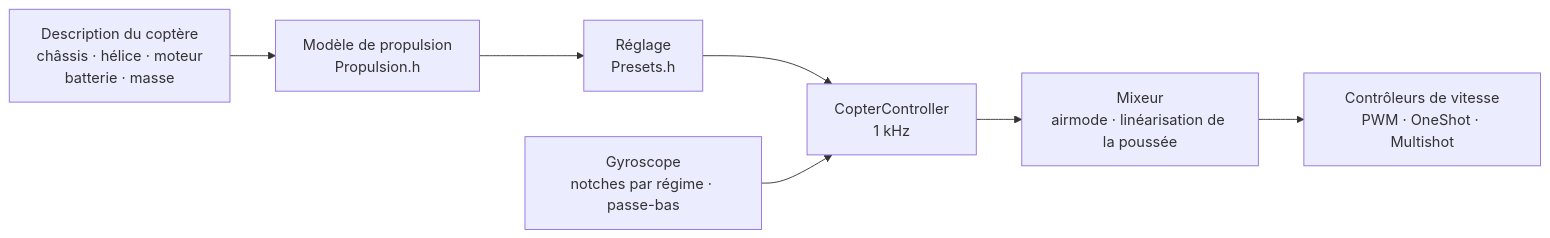
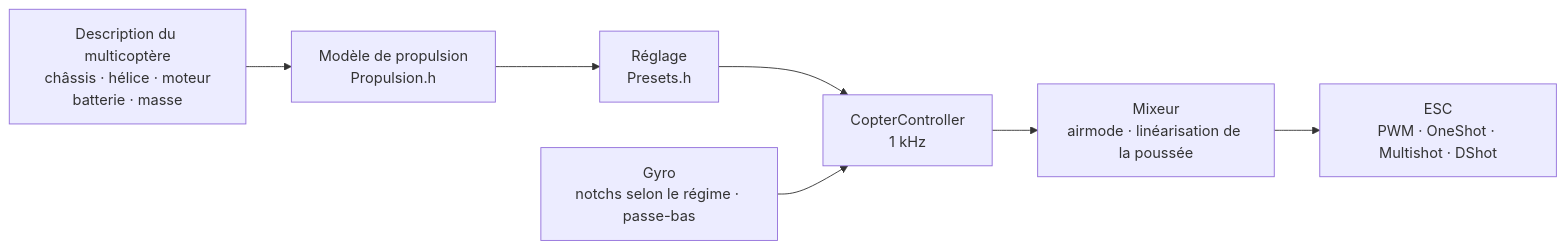
Before and after one commit to damir-lebedev/OpenPlaneProject: the diagram in docs/i18n/fr/COPTER.md, drawn with Mermaid. The commit also changed other lines of this file and 21 other files, not shown here.

````diff
--- a/docs/i18n/fr/COPTER.md
+++ b/docs/i18n/fr/COPTER.md
@@ -20,9 +22,9 @@
 ```mermaid
 flowchart LR
-    D["Description du coptère<br/>châssis · hélice · moteur<br/>batterie · masse"] --> M["Modèle de propulsion<br/>Propulsion.h"]
+    D["Description du multicoptère<br/>châssis · hélice · moteur<br/>batterie · masse"] --> M["Modèle de propulsion<br/>Propulsion.h"]
     M --> T["Réglage<br/>Presets.h"]
     T --> C["CopterController<br/>1 kHz"]
-    G["Gyroscope<br/>notches par régime · passe-bas"] --> C
+    G["Gyro<br/>notchs selon le régime · passe-bas"] --> C
     C --> X["Mixeur<br/>airmode · linéarisation de la poussée"]
-    X --> E["Contrôleurs de vitesse<br/>PWM · OneShot · Multishot"]
+    X --> E["ESC<br/>PWM · OneShot · Multishot · DShot"]
 ```
````
